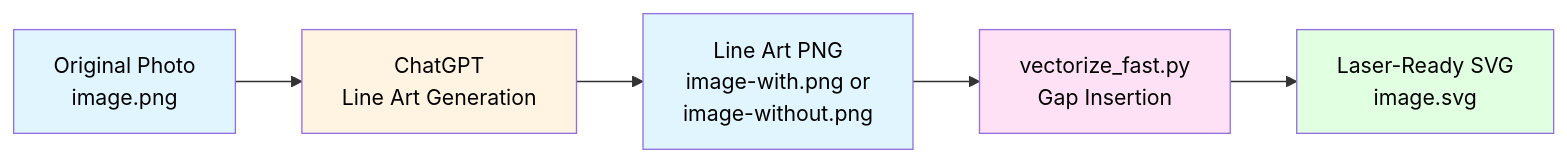
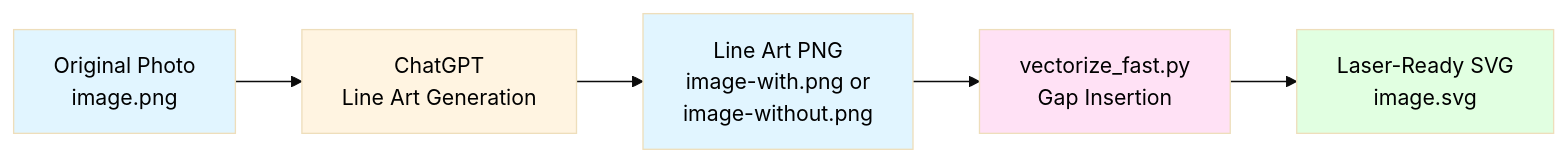
Before and after one commit to holla2040/victor: the diagram in README.md, drawn with Mermaid.

Commit message:
Add Mermaid diagram configuration
Added initialization config to workflow diagram for consistent theme and font sizing.

🤖 Generated with [Claude Code](https://claude.com/claude-code)

````diff
--- a/README.md
+++ b/README.md
@@ -7,13 +7,14 @@
 ```mermaid
+%%{init: {'theme':'base', 'themeVariables': { 'fontSize':'16px'}}}%%
 graph LR
     A[Original Photo<br/>image.png] --> B[ChatGPT<br/>Line Art Generation]
     B --> C[Line Art PNG<br/>image-with.png or<br/>image-without.png]
     C --> D[vectorize_fast.py<br/>Gap Insertion]
     D --> E[Laser-Ready SVG<br/>image.svg]
 
     style A fill:#e1f5ff,color:#000
     style B fill:#fff4e1,color:#000
     style C fill:#e1f5ff,color:#000
     style D fill:#ffe1f5,color:#000
     style E fill:#e1ffe1,color:#000
 ```
````
